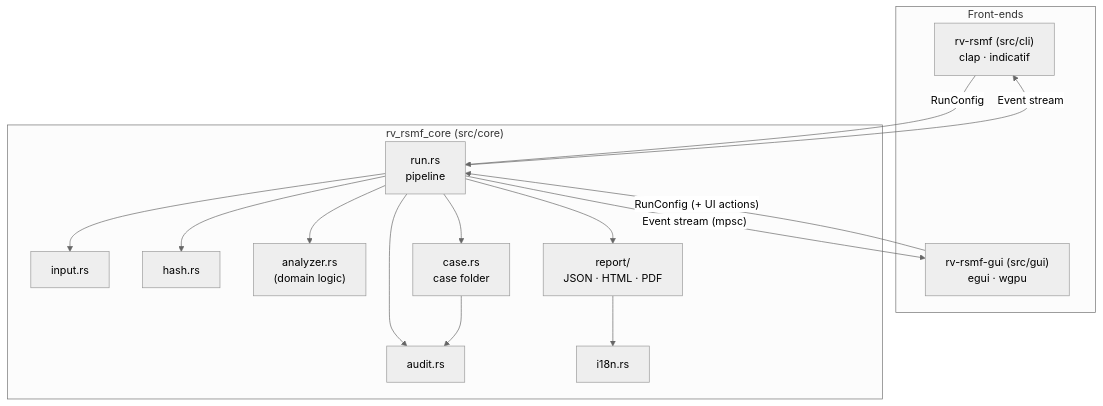
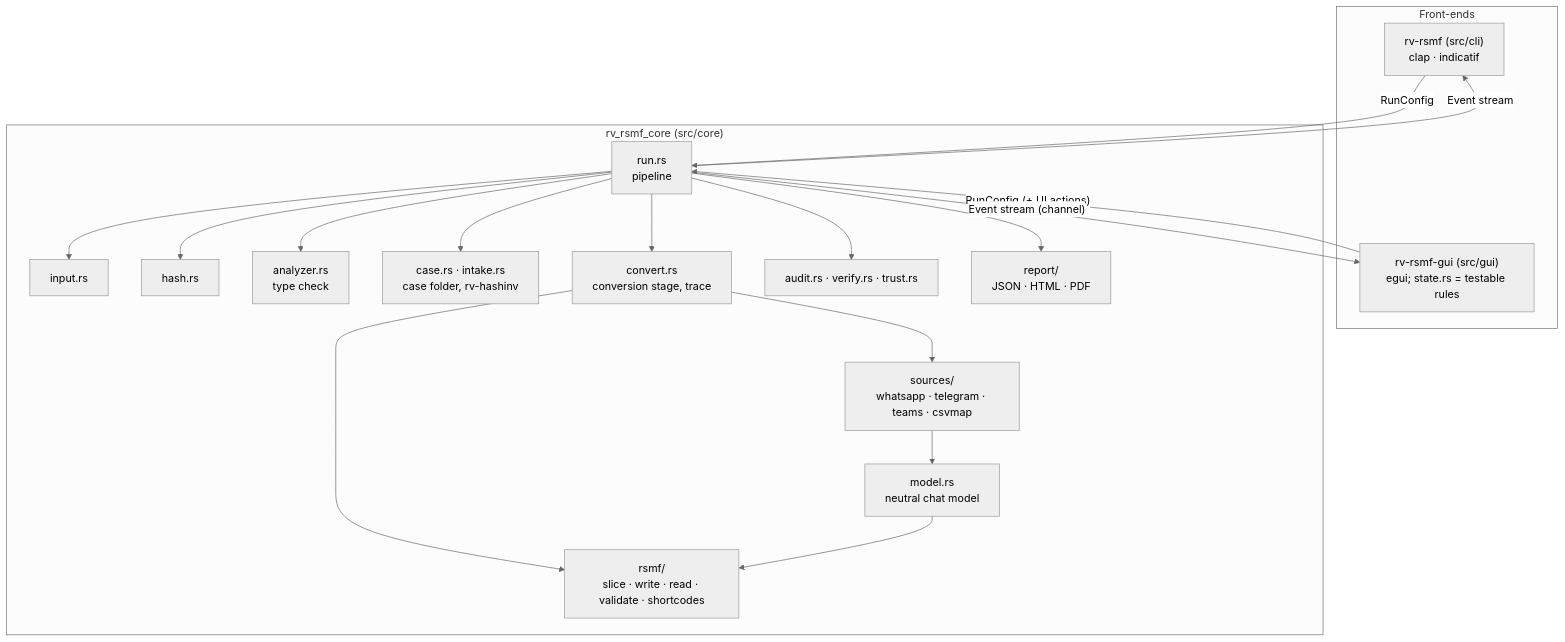
Before and after one commit to Panacota96/rv-rsmf: the first of 4 diagrams in docs/architecture.md, drawn with Mermaid (neutral theme). The commit also changed other lines of this file and 12 other files, not shown here.

First line of the commit message:
docs: rewrite README and docs for the RSMF conversion domain

````diff
--- a/docs/architecture.md
+++ b/docs/architecture.md
@@ -7,24 +7,28 @@
 ```mermaid
 flowchart TB
     subgraph Front-ends
         CLI["rv-rsmf (src/cli)<br/>clap · indicatif"]
-        GUI["rv-rsmf-gui (src/gui)<br/>egui · wgpu"]
+        GUI["rv-rsmf-gui (src/gui)<br/>egui; state.rs = testable rules"]
     end
     subgraph Core["rv_rsmf_core (src/core)"]
         RUN["run.rs<br/>pipeline"]
         IN["input.rs"]
         H["hash.rs"]
-        AN["analyzer.rs<br/>(domain logic)"]
-        AU["audit.rs"]
-        CA["case.rs<br/>case folder"]
+        AN["analyzer.rs<br/>type check"]
+        CA["case.rs · intake.rs<br/>case folder, rv-hashinv"]
+        CV["convert.rs<br/>conversion stage, trace"]
+        SRC["sources/<br/>whatsapp · telegram · teams · csvmap"]
+        MD["model.rs<br/>neutral chat model"]
+        RS["rsmf/<br/>slice · write · read · validate · shortcodes"]
+        AU["audit.rs · verify.rs · trust.rs"]
         REP["report/<br/>JSON · HTML · PDF"]
-        I18N["i18n.rs"]
     end
-    CLI -- RunConfig --> RUN
+    CLI -- "RunConfig" --> RUN
     GUI -- "RunConfig (+ UI actions)" --> RUN
     RUN -- "Event stream" --> CLI
-    RUN -- "Event stream (mpsc)" --> GUI
-    RUN --> IN & H & AN & AU & REP & CA
-    CA --> AU
-    REP --> I18N
+    RUN -- "Event stream (channel)" --> GUI
+    RUN --> IN & H & AN & CA & CV & REP & AU
+    CV --> SRC --> MD
+    CV --> RS
+    MD --> RS
 ```
````
